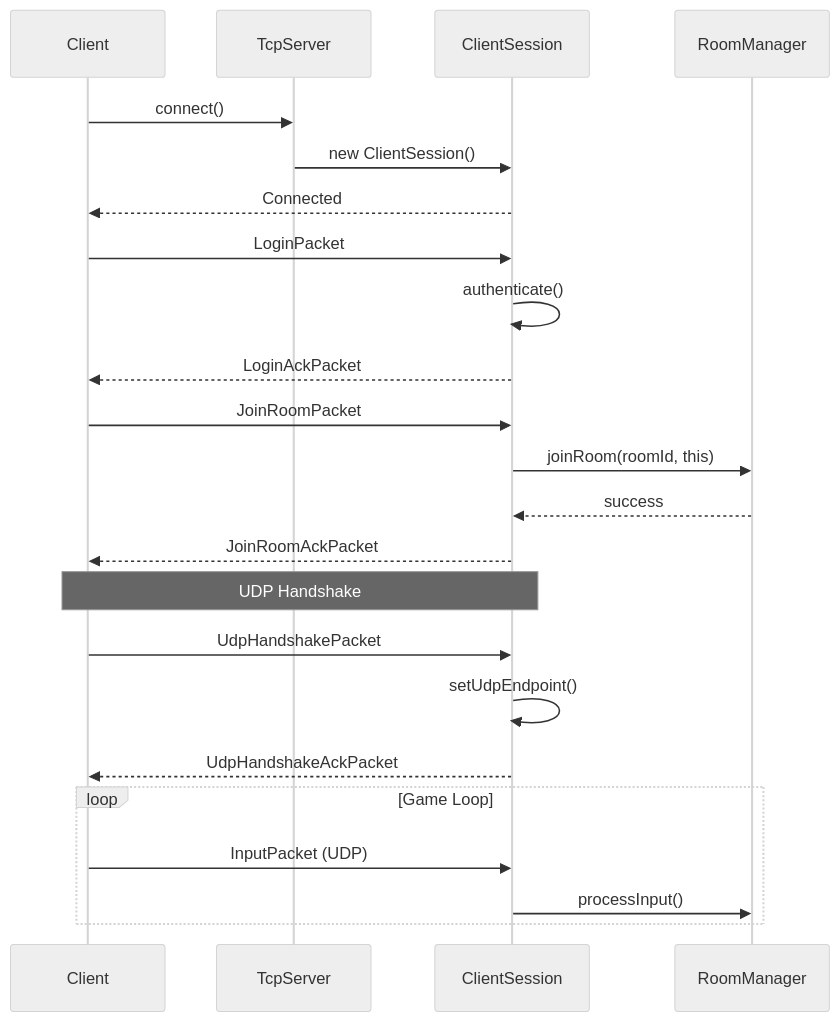
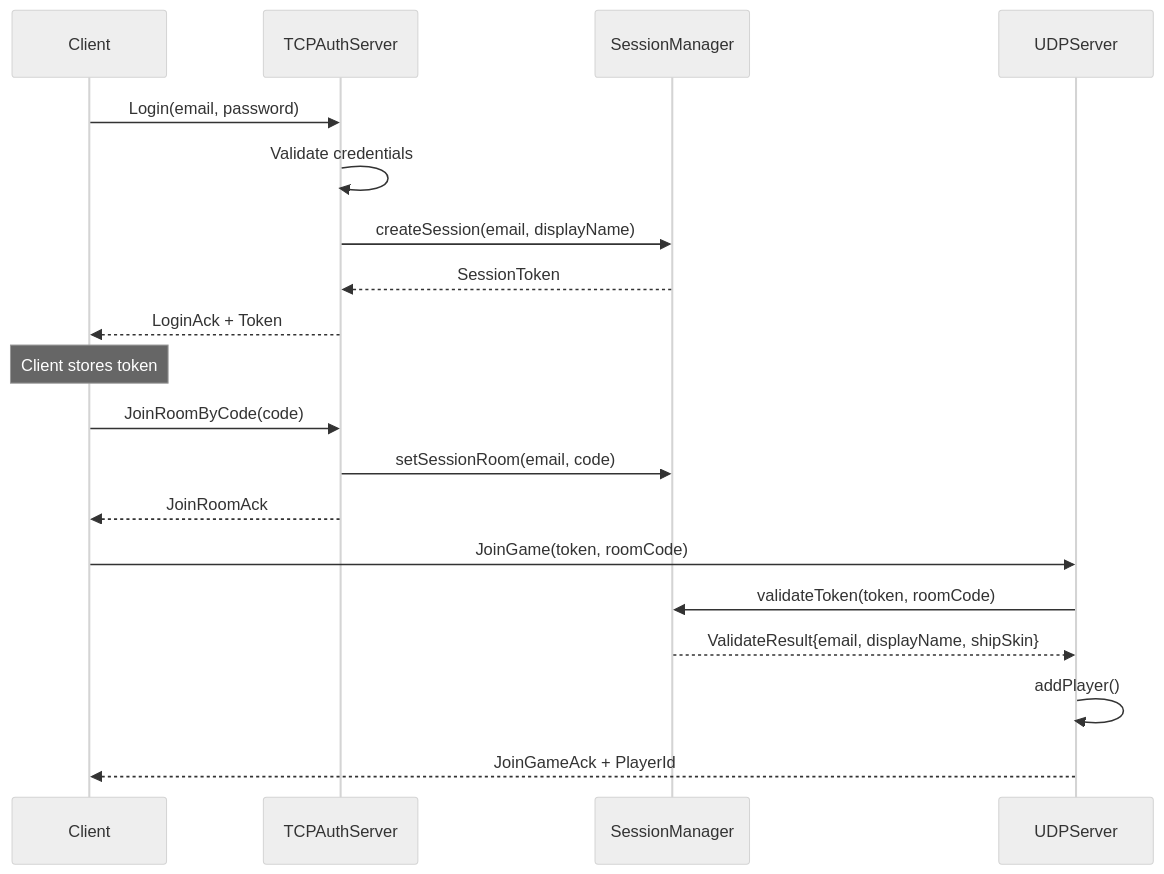
Before and after one commit to ChrisG-L/rtype: the first of 2 diagrams in docs/api/serveur/client-session.md, drawn with Mermaid (neutral theme). The commit also changed other lines of this file and 29 other files, not shown here.

````diff
--- a/docs/api/serveur/client-session.md
+++ b/docs/api/serveur/client-session.md
@@ -218,31 +134,25 @@
 ```mermaid
 sequenceDiagram
     participant Client
-    participant TCP as TcpServer
-    participant Session as ClientSession
-    participant RM as RoomManager
+    participant TCP as TCPAuthServer
+    participant SM as SessionManager
+    participant UDP as UDPServer
 
-    Client->>TCP: connect()
-    TCP->>Session: new ClientSession()
-    Session-->>Client: Connected
+    Client->>TCP: Login(email, password)
+    TCP->>TCP: Validate credentials
+    TCP->>SM: createSession(email, displayName)
+    SM-->>TCP: SessionToken
+    TCP-->>Client: LoginAck + Token
 
-    Client->>Session: LoginPacket
-    Session->>Session: authenticate()
-    Session-->>Client: LoginAckPacket
+    Note over Client: Client stores token
 
-    Client->>Session: JoinRoomPacket
-    Session->>RM: joinRoom(roomId, this)
-    RM-->>Session: success
-    Session-->>Client: JoinRoomAckPacket
+    Client->>TCP: JoinRoomByCode(code)
+    TCP->>SM: setSessionRoom(email, code)
+    TCP-->>Client: JoinRoomAck
 
-    Note over Client,Session: UDP Handshake
-
-    Client->>Session: UdpHandshakePacket
-    Session->>Session: setUdpEndpoint()
-    Session-->>Client: UdpHandshakeAckPacket
-
-    loop Game Loop
-        Client->>Session: InputPacket (UDP)
-        Session->>RM: processInput()
-    end
+    Client->>UDP: JoinGame(token, roomCode)
+    UDP->>SM: validateToken(token, roomCode)
+    SM-->>UDP: ValidateResult{email, displayName, shipSkin}
+    UDP->>UDP: addPlayer()
+    UDP-->>Client: JoinGameAck + PlayerId
 ```
````
